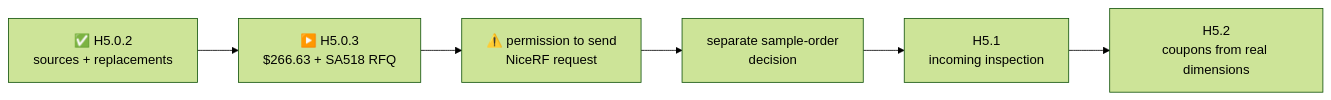
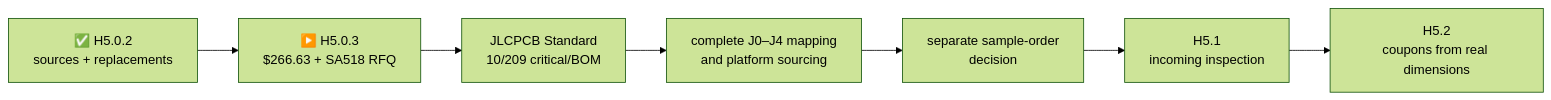
One commit to anton-vinogradov/esp32-leshy2 changed the diagram in docs/component-sample-basket.md. Above: the diagram before and after it, drawn with Mermaid (forest theme). The commit also changed other lines of this file and 21 other files, not shown here.

````diff
--- a/docs/component-sample-basket.md
+++ b/docs/component-sample-basket.md
@@ -7,8 +7,9 @@
 ```mermaid
 flowchart LR
   R["✅ H5.0.2<br/>sources + replacements"] --> B["▶️ H5.0.3<br/>$266.63 + SA518 RFQ"]
-  B --> Q["⚠️ permission to send<br/>NiceRF request"]
+  B --> P["JLCPCB Standard<br/>10/209 critical/BOM"]
+  P --> Q["complete J0–J4 mapping<br/>and platform sourcing"]
   Q --> A["separate sample-order<br/>decision"]
   A --> H51["H5.1<br/>incoming inspection"]
   H51 --> H52["H5.2<br/>coupons from real dimensions"]
 ```
````
